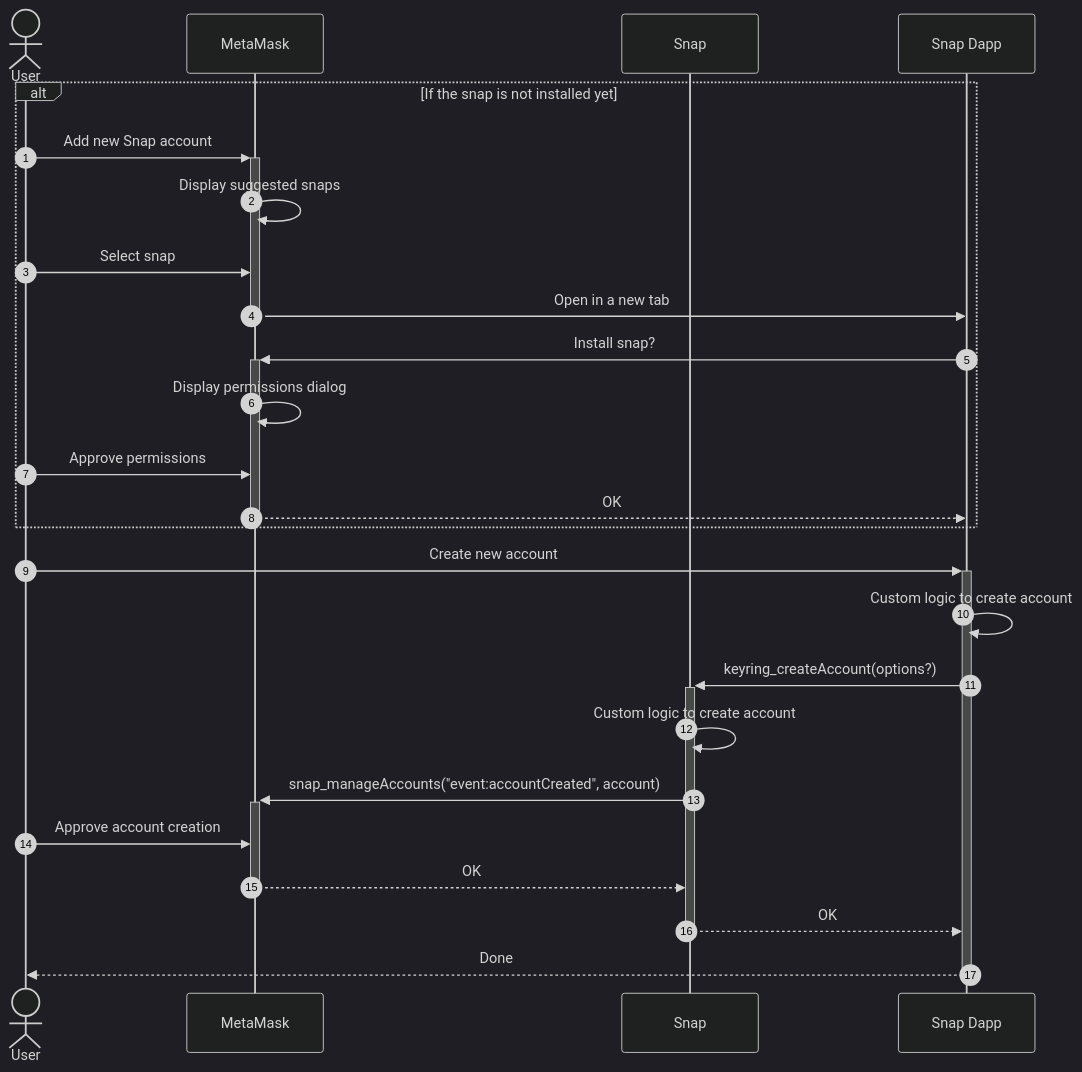
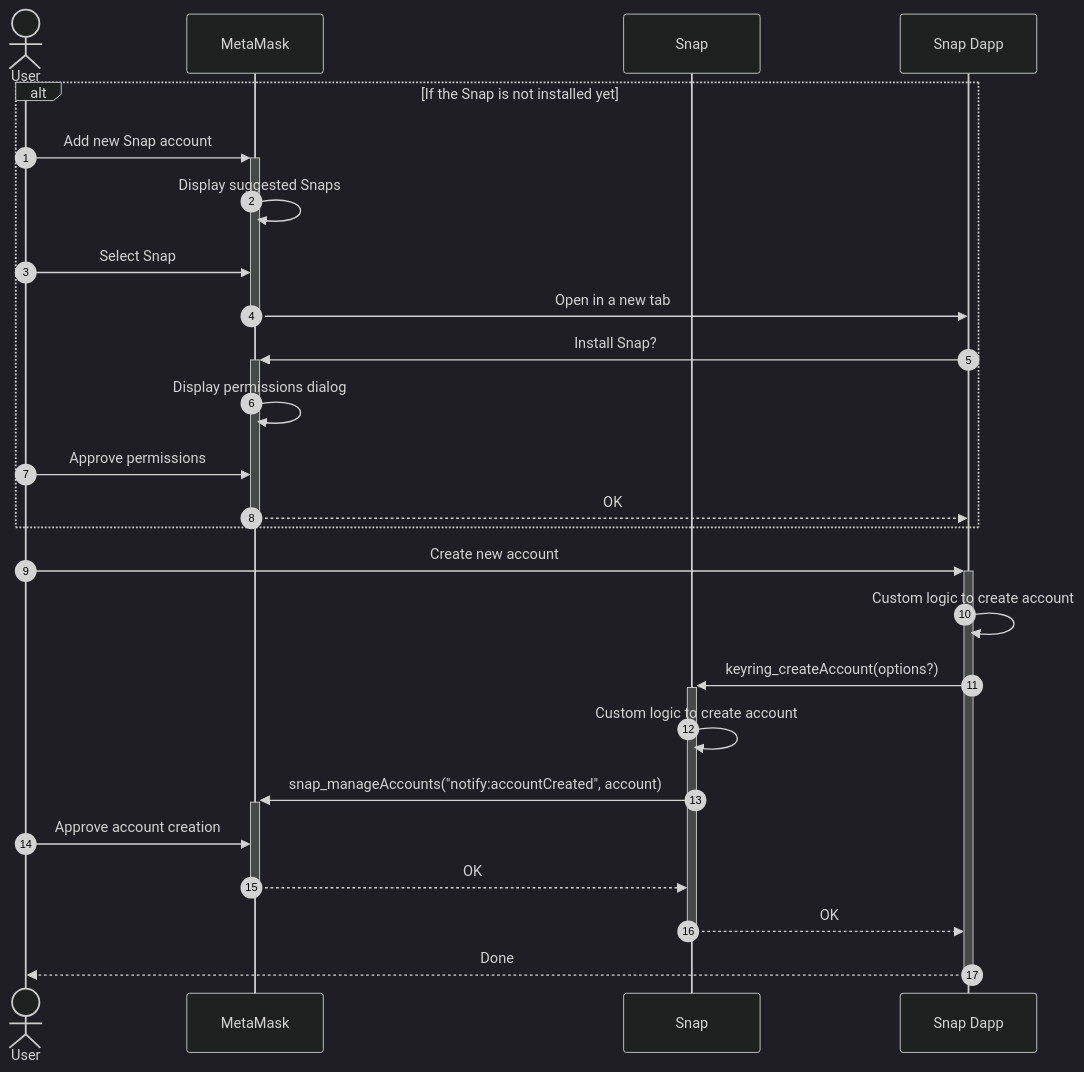
One commit to MetaMask/keyring-api changed the second of 4 diagrams in docs/architecture.md. Above: the diagram before and after it, drawn with Mermaid (dark theme). The commit also changed other lines of this file and 1 other file, not shown here.

````diff
--- a/docs/architecture.md
+++ b/docs/architecture.md
@@ -55,32 +55,32 @@
 ```mermaid
 sequenceDiagram
 autonumber
 
 actor User
 participant MetaMask
 participant Snap
 participant Site as Snap Dapp
 
-alt If the snap is not installed yet
+alt If the Snap is not installed yet
   User ->>+ MetaMask: Add new Snap account
-  MetaMask ->> MetaMask: Display suggested snaps
-  User ->> MetaMask: Select snap
+  MetaMask ->> MetaMask: Display suggested Snaps
+  User ->> MetaMask: Select Snap
   MetaMask ->> Site: Open in a new tab
   deactivate MetaMask
 
-  Site ->>+ MetaMask: Install snap?
+  Site ->>+ MetaMask: Install Snap?
   MetaMask ->> MetaMask: Display permissions dialog
   User ->> MetaMask: Approve permissions
   MetaMask -->>- Site: OK
 end
 
 User ->>+ Site: Create new account
 Site ->> Site: Custom logic to create account
 Site ->>+ Snap: keyring_createAccount(options?)
 Snap ->> Snap: Custom logic to create account
-Snap ->>+ MetaMask: snap_manageAccounts("event:accountCreated", account)
+Snap ->>+ MetaMask: snap_manageAccounts("notify:accountCreated", account)
 User ->> MetaMask: Approve account creation
 MetaMask -->>- Snap: OK
 Snap -->>- Site: OK
 Site -->>- User: Done
 ```
````
